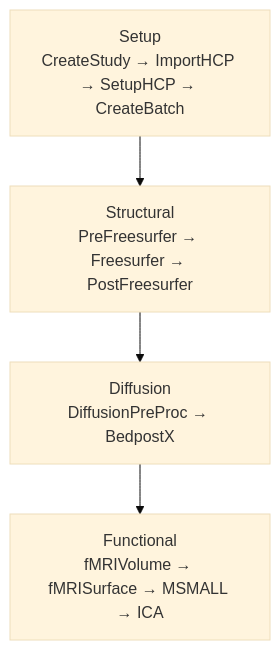
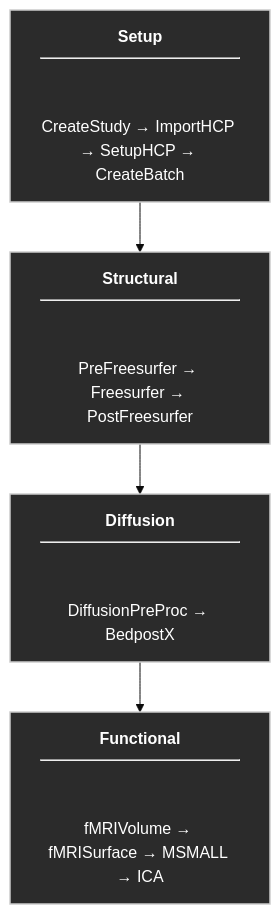
The diagram in README.md (SPMIC-UoN/QuNex_Processing_Pipeline), drawn with Mermaid (base theme) before and after one commit. The commit also changed other lines of this file, not shown here.

````diff
--- a/README.md
+++ b/README.md
@@ -44,9 +44,25 @@
 ```mermaid
 flowchart TD
-Setup["Setup<br/>CreateStudy → ImportHCP → SetupHCP → CreateBatch"]
-Structural["Structural<br/>PreFreesurfer → Freesurfer → PostFreesurfer"]
-Diffusion["Diffusion<br/>DiffusionPreProc → BedpostX"]
-Functional["Functional<br/>fMRIVolume → fMRISurface → MSMALL → ICA"]
 
+%% ---------- Styling ----------
+classDef stage fill:#2b2b2b,stroke:#cccccc,stroke-width:1.5px,color:#ffffff;
+
+%% ---------- Pipeline Stages ----------
+Setup["<b>Setup</b><br/><hr/><br/>
+CreateStudy → ImportHCP → SetupHCP → CreateBatch"]
+
+Structural["<b>Structural</b><br/><hr/><br/>
+PreFreesurfer → Freesurfer → PostFreesurfer"]
+
+Diffusion["<b>Diffusion</b><br/><hr/><br/>
+DiffusionPreProc → BedpostX"]
+
+Functional["<b>Functional</b><br/><hr/><br/>
+fMRIVolume → fMRISurface → MSMALL → ICA"]
+
+%% ---------- Stage Connections ----------
 Setup --> Structural --> Diffusion --> Functional
+
+%% ---------- Apply Style ----------
+class Setup,Structural,Diffusion,Functional stage;
 ```
````
